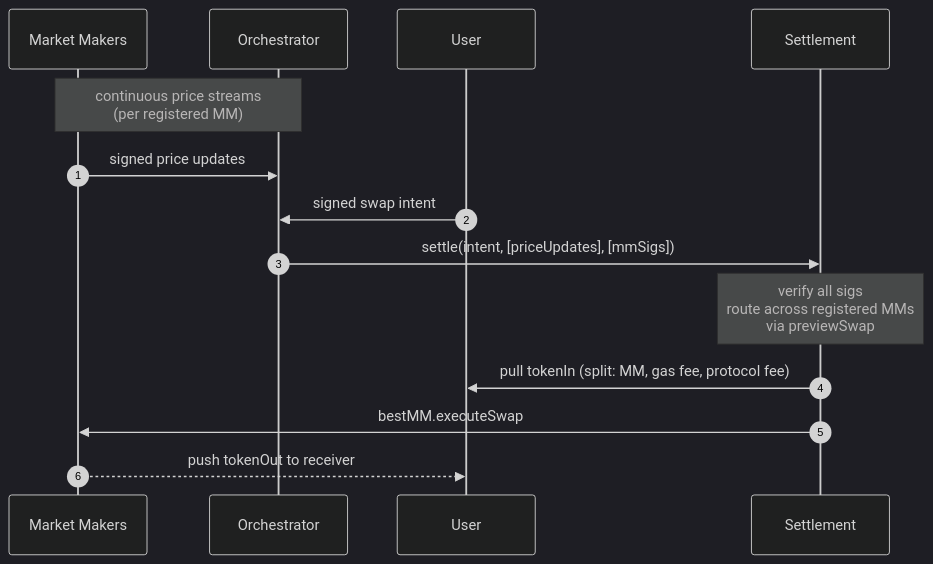
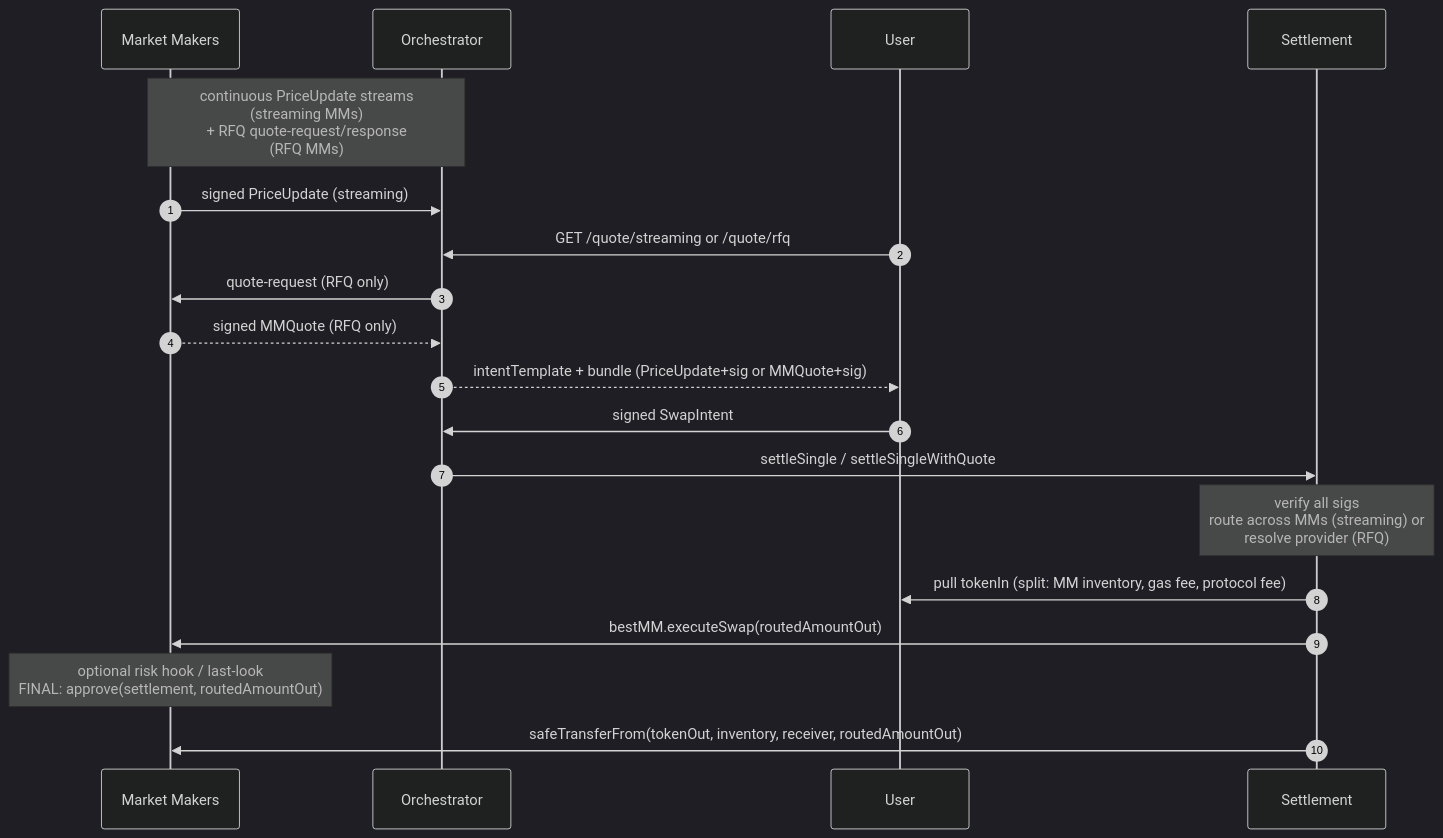
The diagram in docs/architecture.md (bcnmy/propamm-protocol-docs), drawn with Mermaid (dark theme) before and after one commit. The commit also changed other lines of this file and 1 other file, not shown here.

First line of the commit message:
docs: v1 second-round lock — pull model + RFQ + native sentinel + per-direction prices

````diff
--- a/docs/architecture.md
+++ b/docs/architecture.md
@@ -56,17 +109,22 @@
 ```mermaid
 sequenceDiagram
     autonumber
     participant MM as Market Makers
     participant C as Orchestrator
     participant U as User
     participant S as Settlement
 
-    Note over MM,C: continuous price streams<br/>(per registered MM)
-    MM->>C: signed price updates
-    U->>C: signed swap intent
-    C->>S: settle(intent, [priceUpdates], [mmSigs])
-    Note over S: verify all sigs<br/>route across registered MMs<br/>via previewSwap
-    S->>U: pull tokenIn (split: MM, gas fee, protocol fee)
-    S->>MM: bestMM.executeSwap
-    MM-->>U: push tokenOut to receiver
+    Note over MM,C: continuous PriceUpdate streams<br/>(streaming MMs)<br/>+ RFQ quote-request/response<br/>(RFQ MMs)
+    MM->>C: signed PriceUpdate (streaming)
+    U->>C: GET /quote/streaming or /quote/rfq
+    C->>MM: quote-request (RFQ only)
+    MM-->>C: signed MMQuote (RFQ only)
+    C-->>U: intentTemplate + bundle (PriceUpdate+sig or MMQuote+sig)
+    U->>C: signed SwapIntent
+    C->>S: settleSingle / settleSingleWithQuote
+    Note over S: verify all sigs<br/>route across MMs (streaming) or<br/>resolve provider (RFQ)
+    S->>U: pull tokenIn (split: MM inventory, gas fee, protocol fee)
+    S->>MM: bestMM.executeSwap(routedAmountOut)
+    Note over MM: optional risk hook / last-look<br/>FINAL: approve(settlement, routedAmountOut)
+    S->>MM: safeTransferFrom(tokenOut, inventory, receiver, routedAmountOut)
 ```
````
